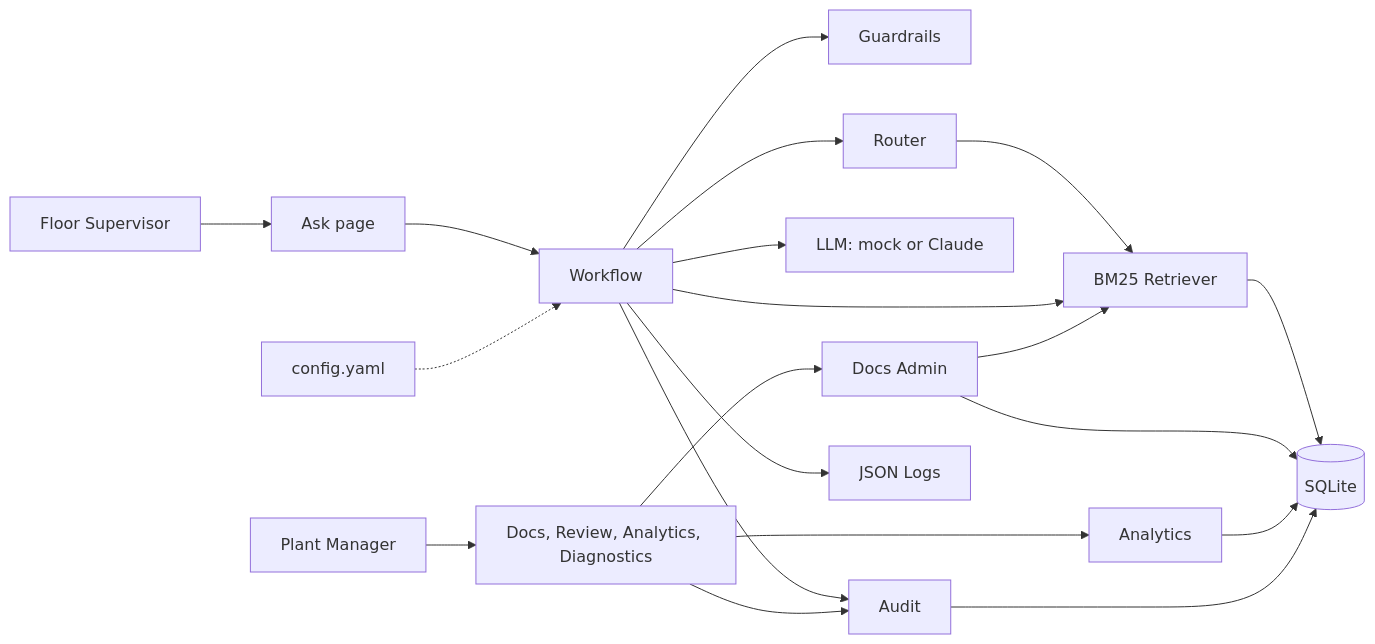
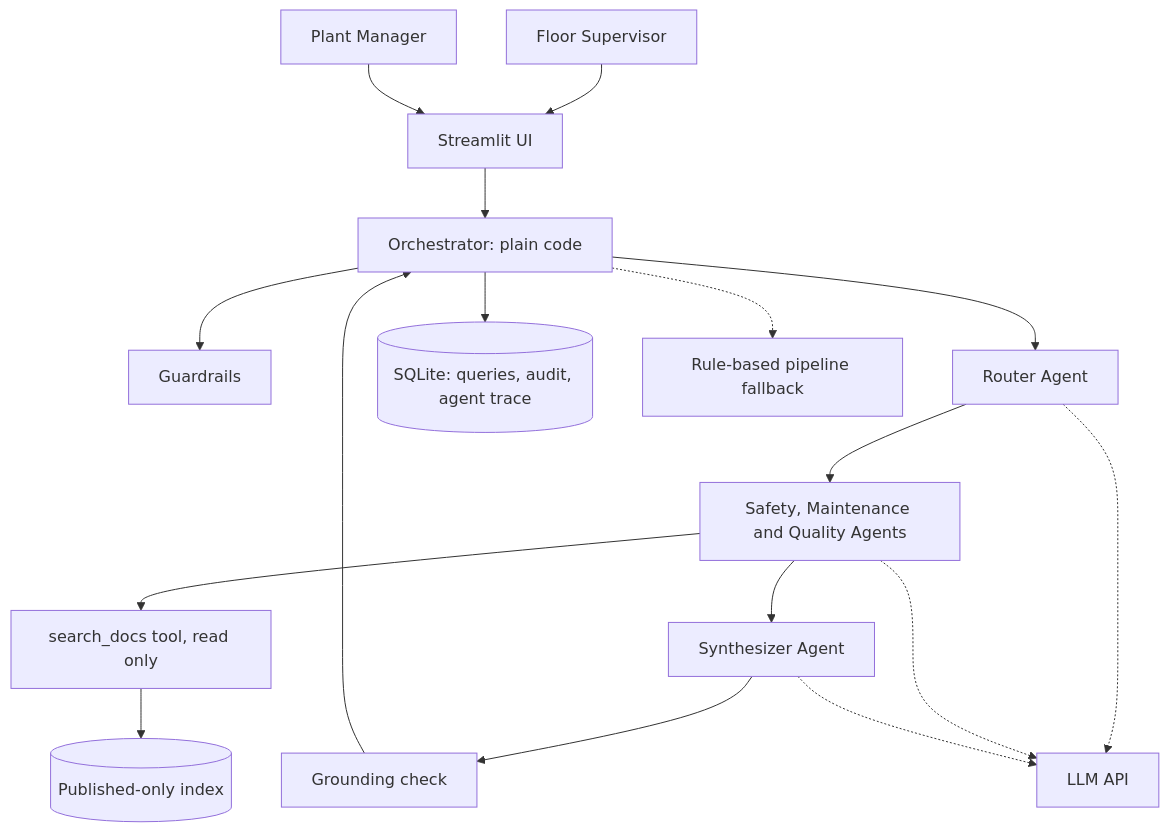
Before and after one commit to hemach-git/MIKRA: the first of 3 diagrams in docs/architecture.md, drawn with Mermaid. The commit also changed other lines of this file and 19 other files, not shown here.

Commit message:
Design v2: supervised multi-agent architecture, updated docs, diagrams, slide; agent contract and session briefs

````diff
--- a/docs/architecture.md
+++ b/docs/architecture.md
@@ -7,23 +9,20 @@
 ```mermaid
 %% name: architecture
-flowchart LR
-  S[Floor Supervisor] --> ASK[Ask page]
-  M[Plant Manager] --> ADM[Docs, Review, Analytics, Diagnostics]
-  ASK --> WF[Workflow]
-  WF --> G[Guardrails]
-  WF --> R[Router]
-  R --> RET[BM25 Retriever]
-  WF --> RET
-  WF --> L[LLM: mock or Claude]
-  WF --> AU[Audit]
-  ADM --> DA[Docs Admin]
-  ADM --> AN[Analytics]
-  ADM --> AU
-  DA --> RET
-  RET --> DB[(SQLite)]
-  DA --> DB
-  AN --> DB
-  AU --> DB
-  WF --> LOG[JSON Logs]
-  CFG[config.yaml] -.-> WF
+flowchart TD
+  S[Floor Supervisor] --> UI[Streamlit UI]
+  M[Plant Manager] --> UI
+  UI --> ORC[Orchestrator: plain code]
+  ORC --> GR[Guardrails]
+  ORC --> RA[Router Agent]
+  RA --> SP[Safety, Maintenance and Quality Agents]
+  SP --> TL[search_docs tool, read only]
+  TL --> IDX[(Published-only index)]
+  SP --> SY[Synthesizer Agent]
+  SY --> GC[Grounding check]
+  GC --> ORC
+  RA -.-> LLM[LLM API]
+  SP -.-> LLM
+  SY -.-> LLM
+  ORC --> DB[(SQLite: queries, audit, agent trace)]
+  ORC -.-> FB[Rule-based pipeline fallback]
 ```
````
